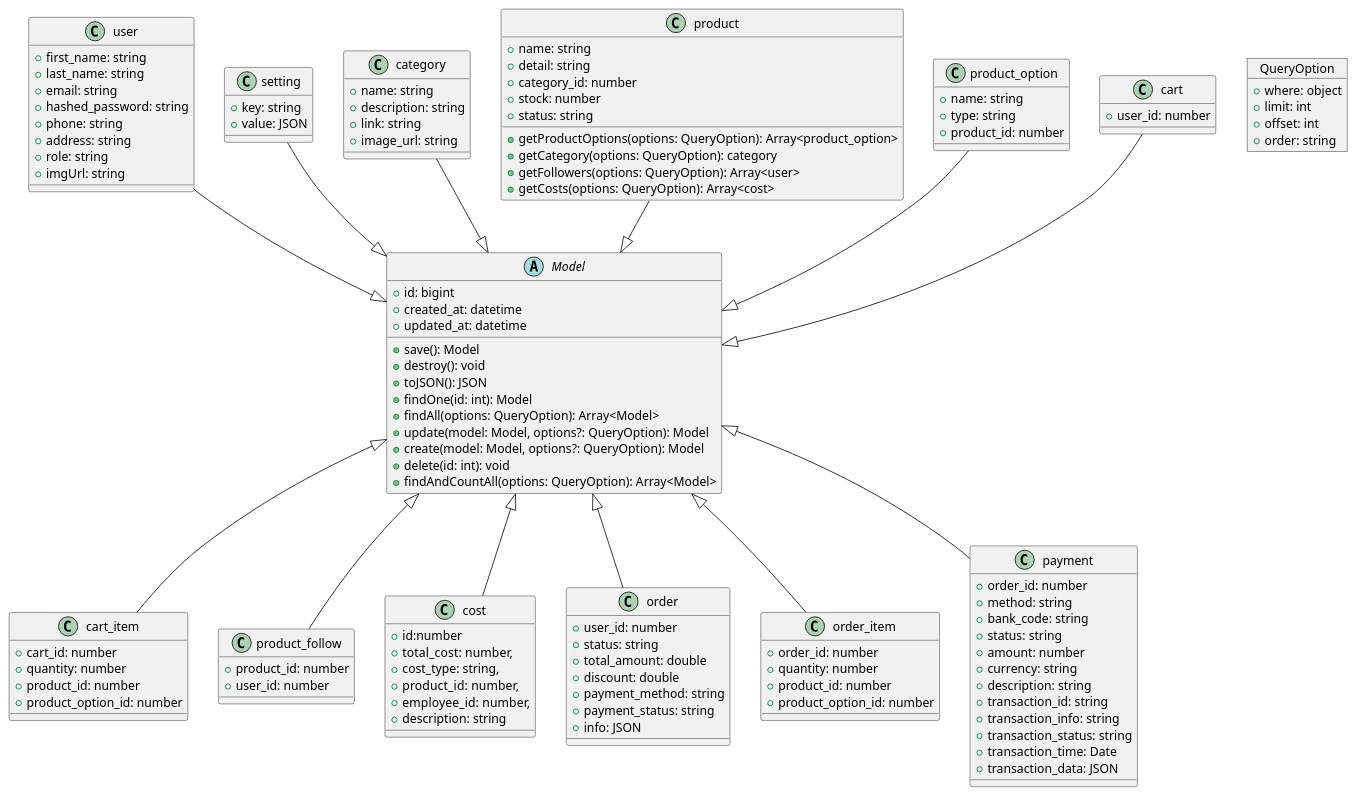
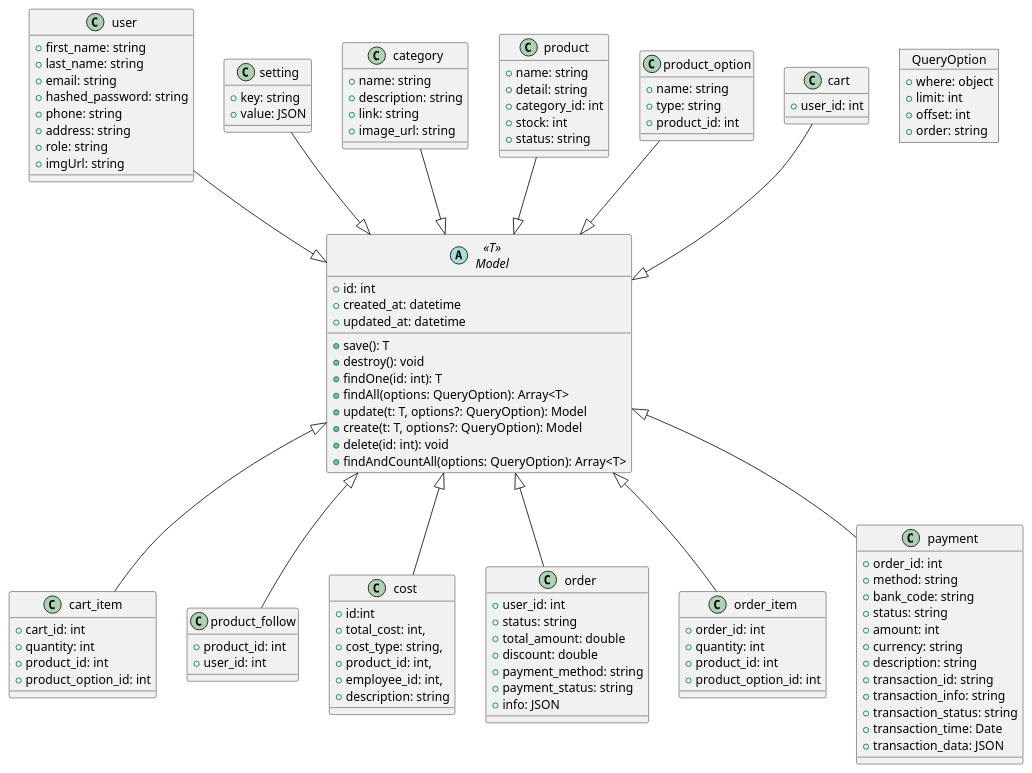
Before and after one commit to vkq2808/car-accessories-eccomerce: the diagram in puml/class-diagram-models.puml, drawn with PlantUML. The commit also changed 13 other files, not shown here.

Commit message:
refactor by deleting unused function and add some diagram

```diff
--- a/puml/class-diagram-models.puml
+++ b/puml/class-diagram-models.puml
@@ -1,138 +1,134 @@
 @startuml class_diagram_models
+skinparam DefaultFontName "Times New Roman"
+skinparam DefaultFontSize 14
 
 user --|> Model
 setting --|> Model
 category --|> Model
 product --|> Model
 product_option --|> Model
 cart --|> Model
 Model <|-- cart_item
 Model <|-- product_follow
 Model <|-- cost
 Model <|-- order
 Model <|-- order_item
 Model <|-- payment
 
-abstract class Model {
-    +id: bigint
+abstract class Model<<T>> {
+    +id: int
     +created_at: datetime
     +updated_at: datetime
 
-    +save(): Model
+    +save(): T
     +destroy(): void
-    +toJSON(): JSON
-    +findOne(id: int): Model
-    +findAll(options: QueryOption): Array<Model>
-    +update(model: Model, options?: QueryOption): Model
-    +create(model: Model, options?: QueryOption): Model
+    +findOne(id: int): T
+    +findAll(options: QueryOption): Array<T>
+    +update(t: T, options?: QueryOption): Model
+    +create(t: T, options?: QueryOption): Model
     +delete(id: int): void
-    +findAndCountAll(options: QueryOption): Array<Model>
+    +findAndCountAll(options: QueryOption): Array<T>
 }
 
 object QueryOption {
     +where: object
     +limit: int
     +offset: int
     +order: string
 }
 
 class setting {
   +key: string
   +value: JSON
 }
 
 class category {
   +name: string
   +description: string
   +link: string
   +image_url: string
 }
 
 class product {
   +name: string
   +detail: string
-  +category_id: number
-  +stock: number
+  +category_id: int
+  +stock: int
   +status: string
-
-  +getProductOptions(options: QueryOption): Array<product_option>
-  +getCategory(options: QueryOption): category
-  +getFollowers(options: QueryOption): Array<user>
-  +getCosts(options: QueryOption): Array<cost>
 }
 
 class product_option {
   +name: string
   +type: string
-  +product_id: number
+  +product_id: int
 }
 
 class cart {
-  +user_id: number
+  +user_id: int
 }
 
 class cart_item {
-  +cart_id: number
-  +quantity: number
-  +product_id: number
-  +product_option_id: number
+  +cart_id: int
+  +quantity: int
+  +product_id: int
+  +product_option_id: int
 }
 
 class product_follow {
-  +product_id: number
-  +user_id: number
+  +product_id: int
+  +user_id: int
 }
 
 class user {
   +first_name: string
   +last_name: string
   +email: string
   +hashed_password: string
   +phone: string
   +address: string
   +role: string
   +imgUrl: string
 }
 
 class cost {
-  +id:number
-  +total_cost: number,
+  +id:int
+  +total_cost: int,
   +cost_type: string,
-  +product_id: number,
-  +employee_id: number,
+  +product_id: int,
+  +employee_id: int,
   +description: string
 }
 
 class order {
-  +user_id: number
+  +user_id: int
   +status: string
   +total_amount: double
   +discount: double
   +payment_method: string
   +payment_status: string
   +info: JSON
 }
 
 class order_item {
-  +order_id: number
-  +quantity: number
-  +product_id: number
-  +product_option_id: number
+  +order_id: int
+  +quantity: int
+  +product_id: int
+  +product_option_id: int
 }
 
 class payment {
-  +order_id: number
+  +order_id: int
   +method: string
   +bank_code: string
   +status: string
-  +amount: number
+  +amount: int
   +currency: string
   +description: string
   +transaction_id: string
   +transaction_info: string
   +transaction_status: string
   +transaction_time: Date
   +transaction_data: JSON
 }
 
 @enduml
```
